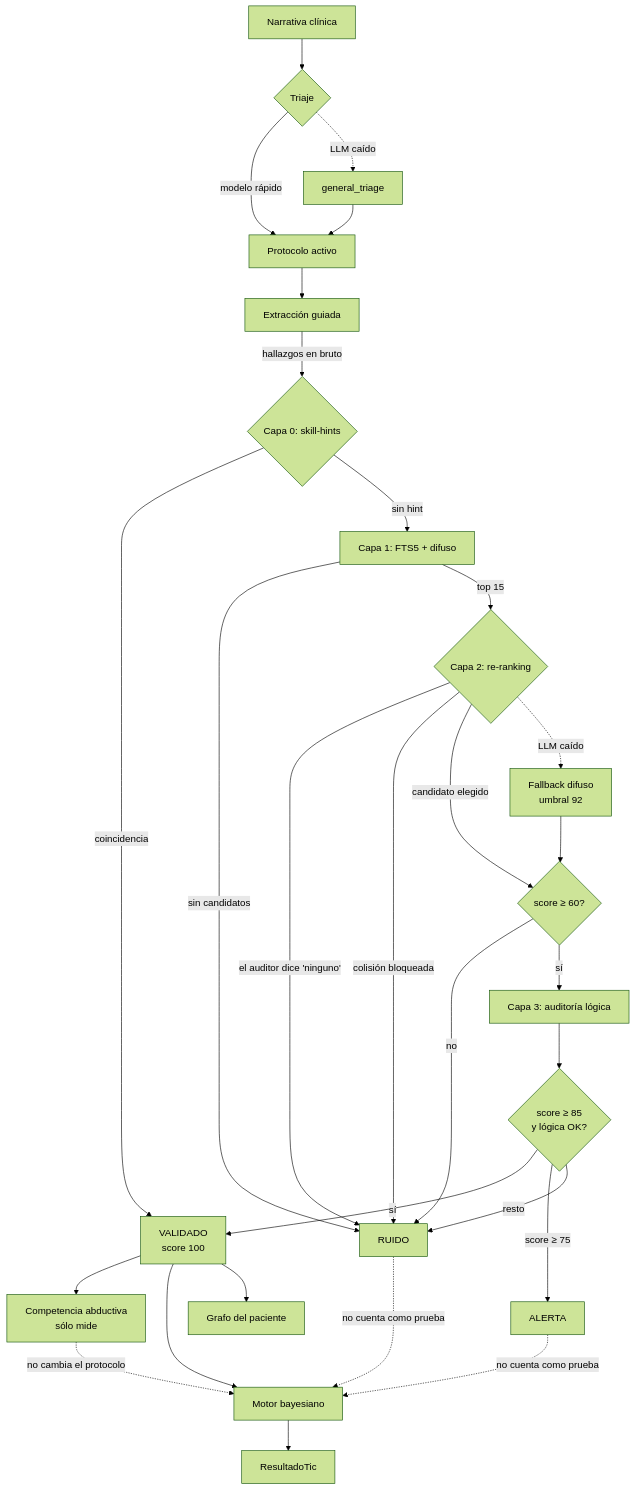
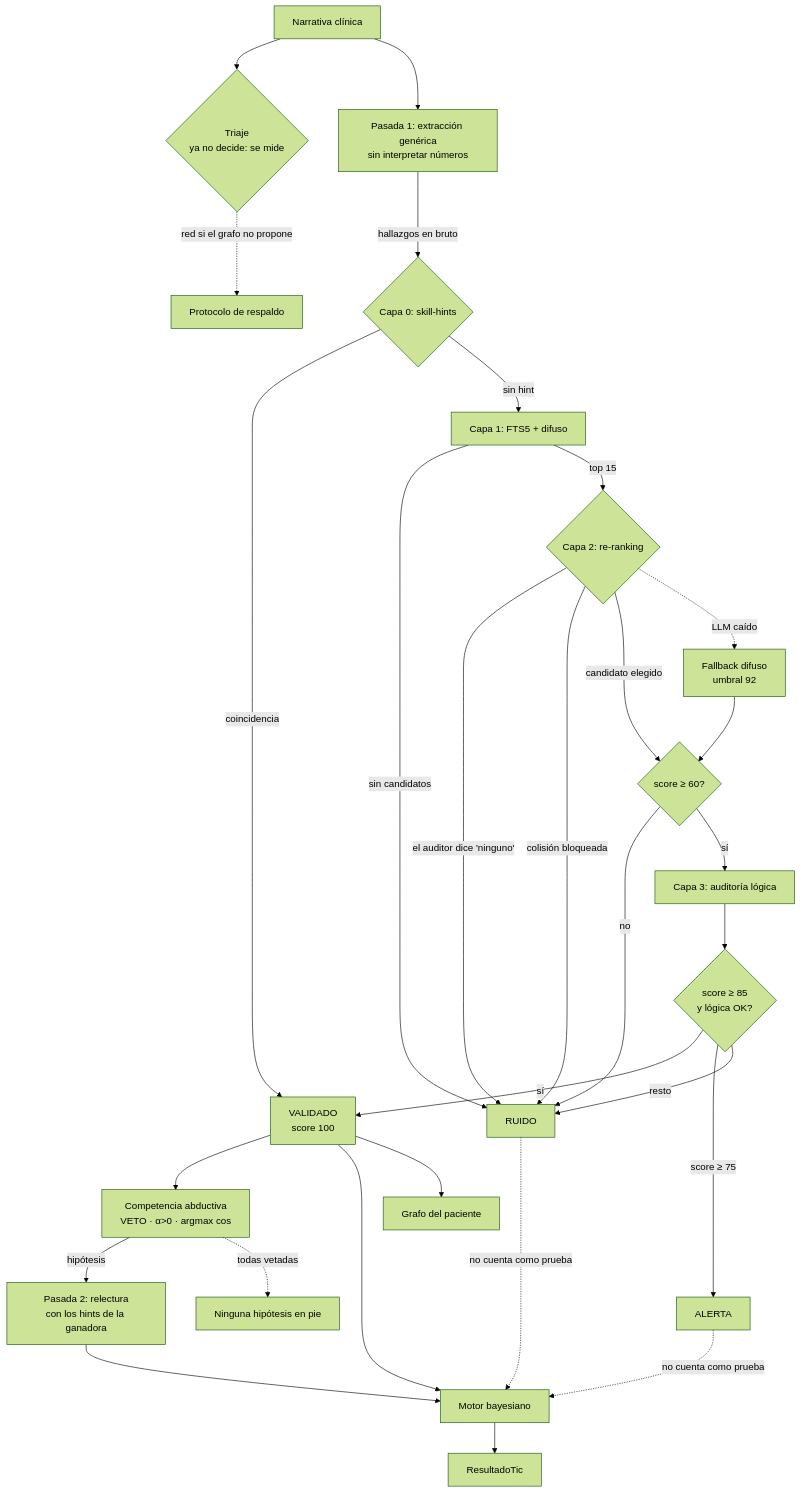
One commit to alcyedmundo281/holonmed changed the diagram in docs/ARQUITECTURA.md. Above: the diagram before and after it, drawn with Mermaid (forest theme). The commit also changed other lines of this file and 8 other files, not shown here.

````diff
--- a/docs/ARQUITECTURA.md
+++ b/docs/ARQUITECTURA.md
@@ -14,39 +14,39 @@
 ```mermaid
 flowchart TD
-    A[Narrativa clínica] --> B{Triaje}
-    B -->|modelo rápido| C[Protocolo activo]
-    B -.->|LLM caído| C2[general_triage]
-    C2 --> C
+    A[Narrativa clínica] --> B{Triaje<br/>ya no decide: se mide}
+    B -.->|red si el grafo no propone| C[Protocolo de respaldo]
 
-    C --> D[Extracción guiada]
+    A --> D[Pasada 1: extracción genérica<br/>sin interpretar números]
     D -->|hallazgos en bruto| E{Capa 0: skill-hints}
 
     E -->|coincidencia| V[VALIDADO<br/>score 100]
     E -->|sin hint| F[Capa 1: FTS5 + difuso]
 
     F -->|sin candidatos| R[RUIDO]
     F -->|top 15| G{Capa 2: re-ranking}
 
     G -->|el auditor dice 'ninguno'| R
     G -->|colisión bloqueada| R
     G -->|candidato elegido| H{score ≥ 60?}
     G -.->|LLM caído| I[Fallback difuso<br/>umbral 92]
     I --> H
 
     H -->|no| R
     H -->|sí| J[Capa 3: auditoría lógica]
 
     J --> K{score ≥ 85<br/>y lógica OK?}
     K -->|sí| V
     K -->|score ≥ 75| AL[ALERTA]
     K -->|resto| R
 
-    V --> CA[Competencia abductiva<br/>sólo mide]
-    CA -.->|no cambia el protocolo| M
+    V --> CA[Competencia abductiva<br/>VETO · α>0 · argmax cos]
+    CA -->|hipótesis| P2[Pasada 2: relectura<br/>con los hints de la ganadora]
+    CA -.->|todas vetadas| TV[Ninguna hipótesis en pie]
+    P2 --> M
 
     V --> M[Motor bayesiano]
     AL -.->|no cuenta como prueba| M
     R -.->|no cuenta como prueba| M
     M --> N[ResultadoTic]
     V --> G2[Grafo del paciente]
 ```
````
